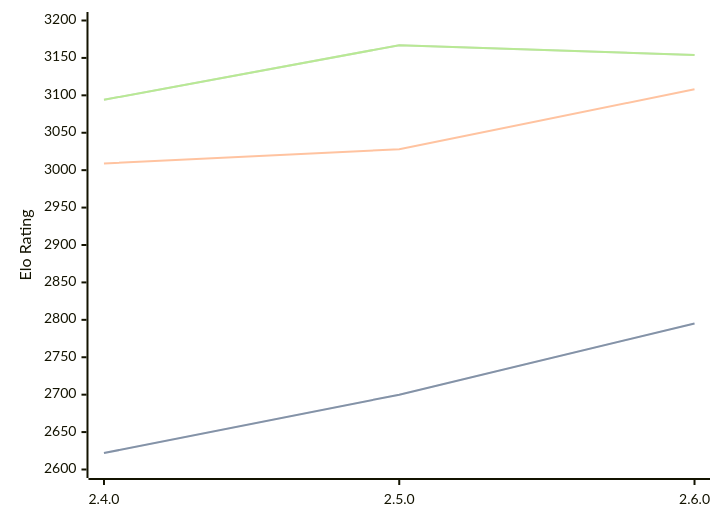
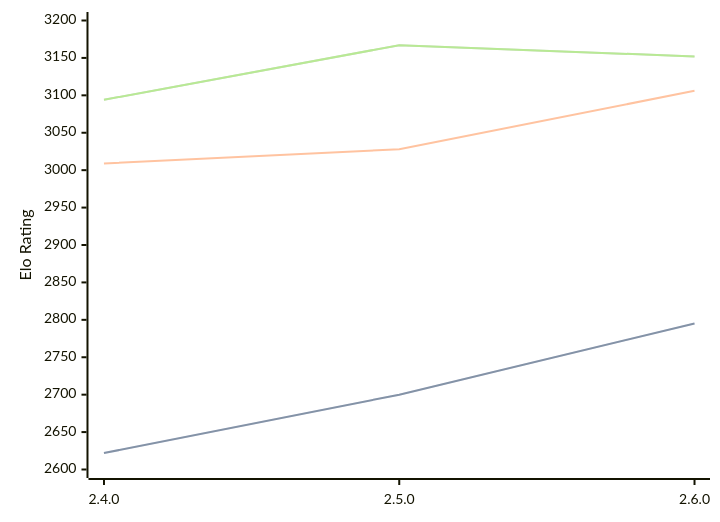
One commit to computer-chess-index/cci changed the diagram in engines/Sturddle2.md. Above: the diagram before and after it, drawn with Mermaid. The commit also changed other lines of this file, not shown here.

Commit message:
Update CCI Ratings (ELO VLTC) - 2026-09-15

````diff
--- a/engines/Sturddle2.md
+++ b/engines/Sturddle2.md
@@ -33,11 +33,11 @@
 ```mermaid
 %%{init: {"theme":"base","themeVariables":{"seriesColors:['#a3a3a3','#222221','#faa371']}}}%%
 xychart-beta
   x-axis ["2.4.0", "2.5.0", "2.6.0"]
   y-axis "Elo Rating" 2600 --> 3200
   line "" [2622, 2700, 2795]
   line "STC (8.0+0.08s)" [2622, 2700, 2795]
-  line "LTC (60.0+0.60s)" [3009, 3028, 3108]
-  line "" [3094, 3167, 3154]
-  line "VLTC (2m24s+1.12s)" [3094, 3167, 3154]
+  line "LTC (60.0+0.60s)" [3009, 3028, 3106]
+  line "" [3094, 3167, 3152]
+  line "VLTC (2m24s+1.12s)" [3094, 3167, 3152]
 ```
````
